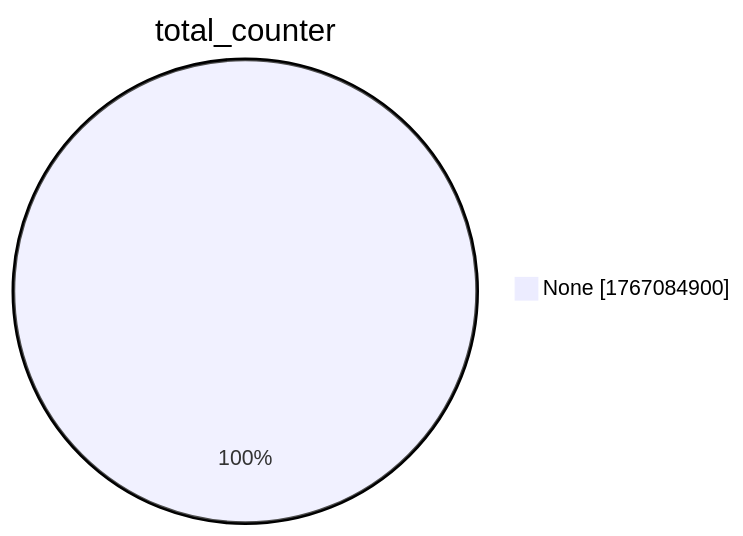
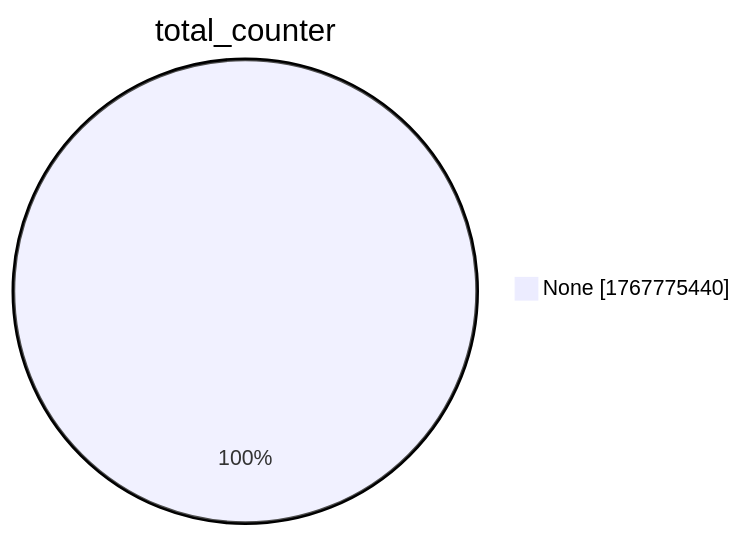
The second of 15 diagrams in xenon2022/README.md (christiankrug/ctmonitor_visualization), drawn with Mermaid before and after one commit. The commit also changed other lines of this file, not shown here.

````diff
--- a/xenon2022/README.md
+++ b/xenon2022/README.md
@@ -9,5 +9,5 @@
 ```mermaid
 pie showData
 title total_counter
-"None" :1767084900
+"None" :1767775440
 ```
````
